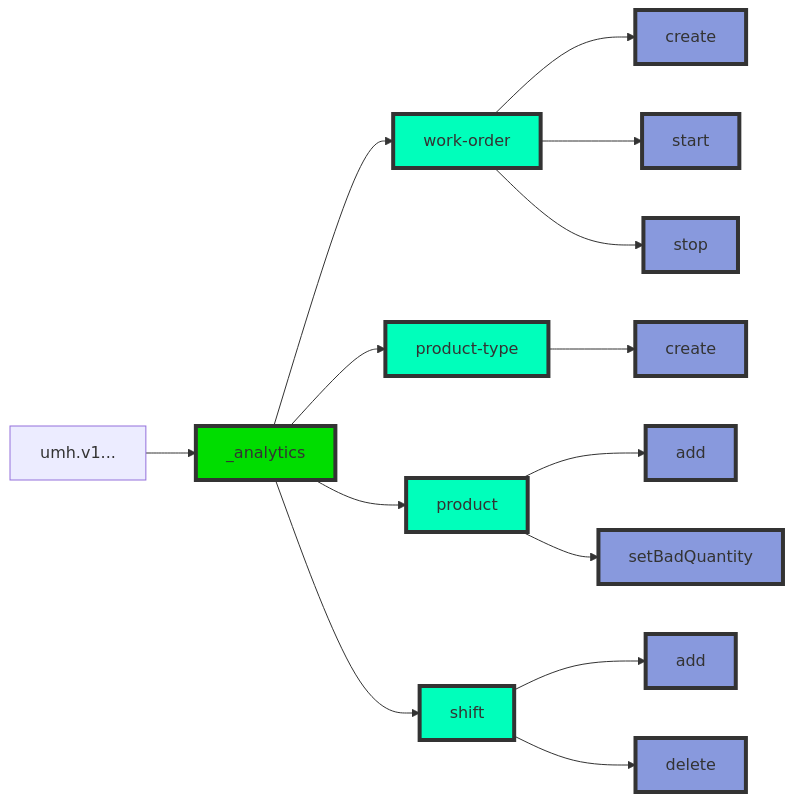
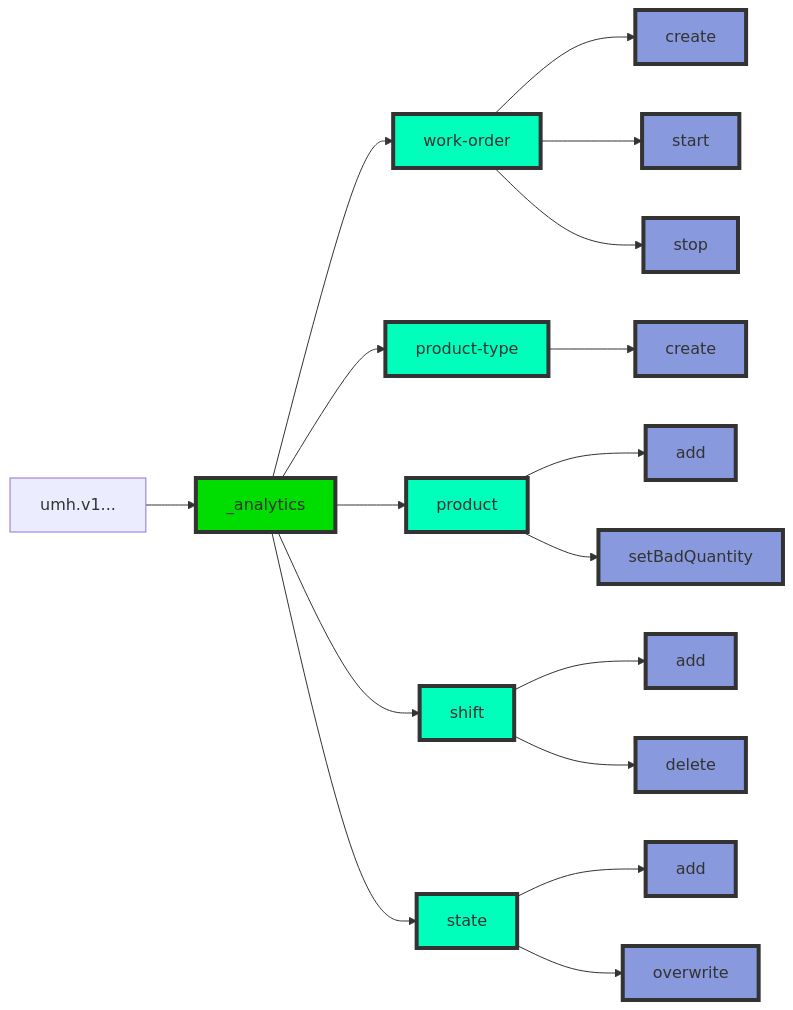
Before and after one commit to united-manufacturing-hub/umh.docs.umh.app: the diagram in umh.docs.umh.app/content/en/docs/datamodel/messages/_analytics.md, drawn with Mermaid.

Commit message:
feat: added state to structure

```diff
--- a/umh.docs.umh.app/content/en/docs/datamodel/messages/_analytics.md
+++ b/umh.docs.umh.app/content/en/docs/datamodel/messages/_analytics.md
@@ -9,52 +9,58 @@
 {{<mermaid theme="neutral" >}}
 flowchart LR
 topicStart["umh.v1..."] --> _analytics
 
 
 _analytics --> wo[work-order]
 wo --> wo-create[create]
 wo --> wo-start[start]
 wo --> wo-stop[stop]
 
 
 _analytics --> pt[product-type]
 pt --> pt-create[create]
 
 _analytics --> p[product]
 p --> p-add[add]
 p --> p-set-bad-quantity[setBadQuantity]
 
 _analytics --> s[shift]
 s --> s-add[add]
 s --> s-delete[delete]
 
+_analytics --> st[state]
+st --> st-add[add]
+st --> st-overwrite[overwrite]
 
 
     classDef mqtt fill:#00dd00,stroke:#333,stroke-width:4px;
     class umh,v1,enterprise,_analytics mqtt;
 
     classDef type fill:#00ffbb,stroke:#333,stroke-width:4px;
-    class wo,pt,p,s type;
+    class wo,pt,p,s,st type;
 
     classDef func fill:#8899dd,stroke:#333,stroke-width:4px;
-    class wo-create,wo-start,wo-stop,pt-create,p-add,p-set-bad-quantity,s-add,s-delete func;
+    class wo-create,wo-start,wo-stop,pt-create,p-add,p-set-bad-quantity,s-add,s-delete,st-add,st-overwrite func;
 
     click topicStart href "../"
     click wo href "#work-order"
     click pt href "#product-type"
     click p href "#product"
     click s href "#shift"
 
     click wo-create href "#create"
     click wo-start href "#start"
     click wo-stop href "#stop"
 
     click pt-create href "#create-1"
 
     click p-add href "#add"
     click p-set-bad-quantity href "#set-bad-quantity"
 
     click s-add href "#add-1"
     click s-delete href "#delete"
 
+    click st-add href "#add-2"
+    click st-overwrite href "#overwrite"
+
 {{</ mermaid >}}
```
